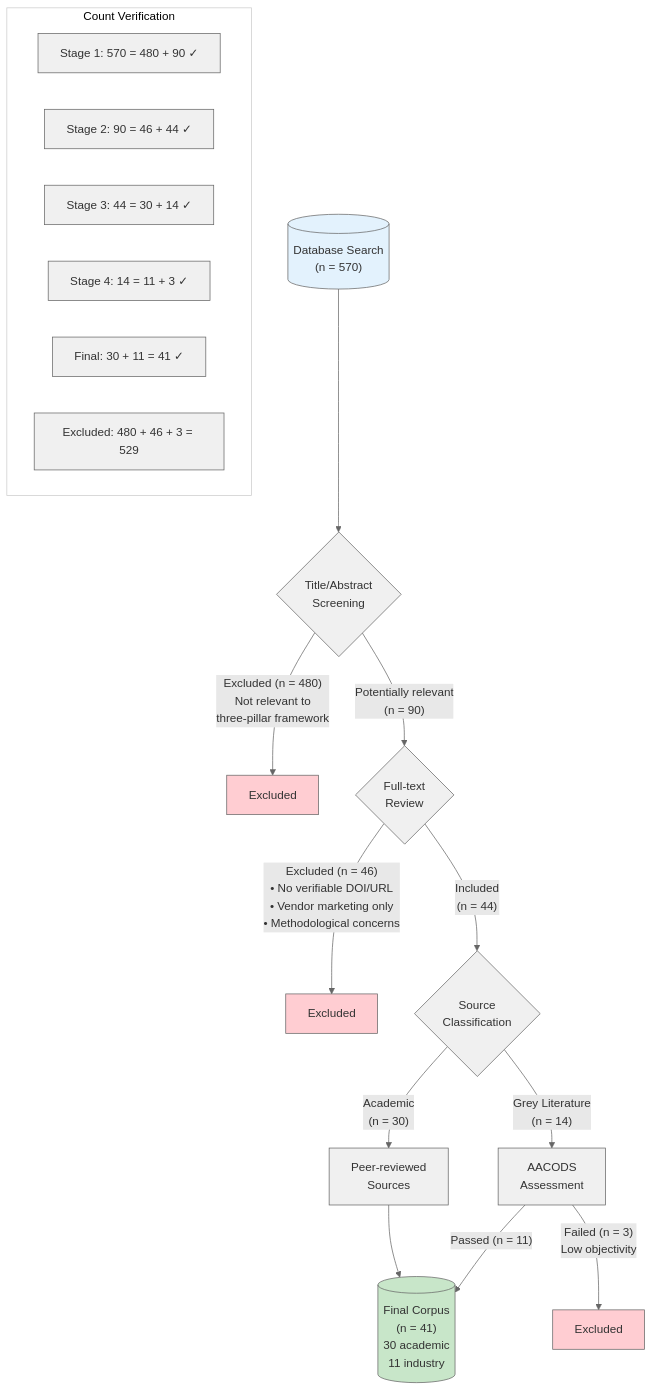
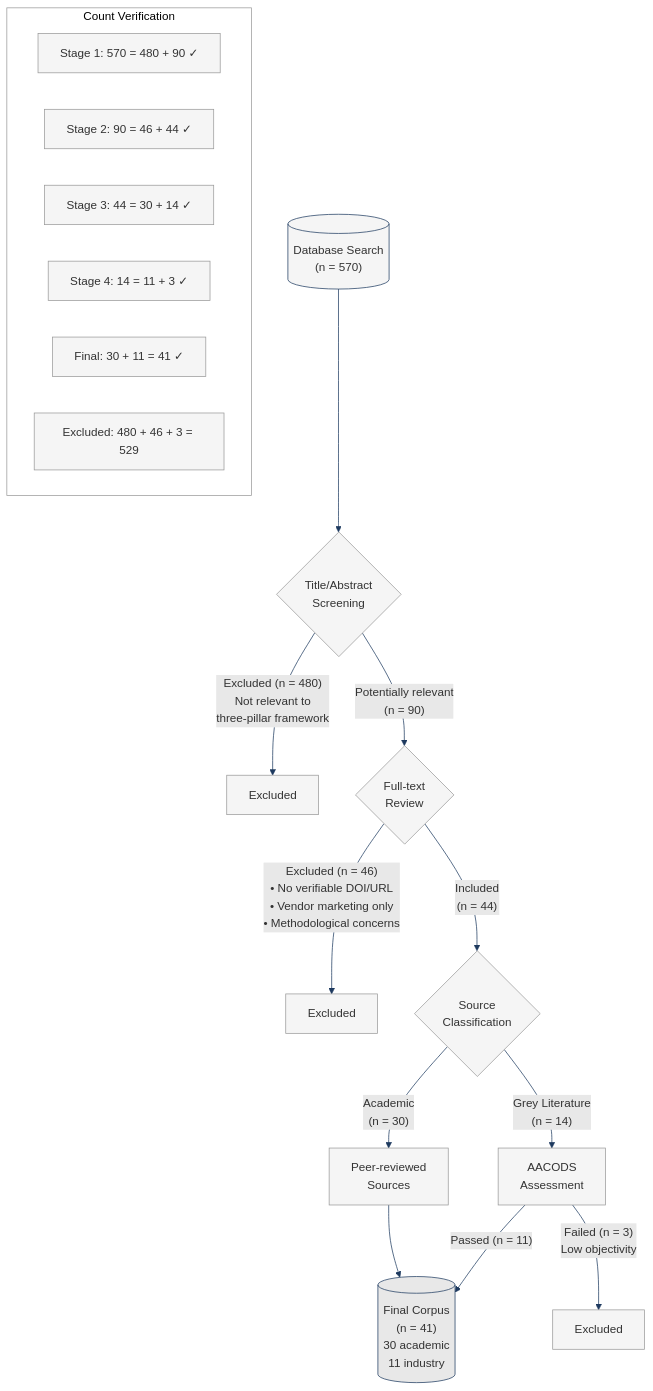
Before and after one commit to stharrold/yuimedi-paper-20250901: the diagram in figures/literature-flow.mmd, drawn with Mermaid. The commit also changed 3 other files, not shown here.

First line of the commit message:
style(figures): unify color palette across all diagrams

```diff
--- a/figures/literature-flow.mmd
+++ b/figures/literature-flow.mmd
@@ -1,32 +1,33 @@
-%%{init: {'theme': 'base', 'themeVariables': { 'primaryColor': '#f0f0f0', 'primaryTextColor': '#333', 'primaryBorderColor': '#666', 'lineColor': '#666', 'secondaryColor': '#e8e8e8', 'tertiaryColor': '#fff'}}}%%
+%%{init: {'theme': 'base', 'themeVariables': { 'primaryColor': '#f5f5f5', 'primaryTextColor': '#333', 'primaryBorderColor': '#999', 'lineColor': '#1E3A5F', 'secondaryColor': '#e8e8e8', 'tertiaryColor': '#fff'}}}%%
 flowchart TD
     %% Literature Selection Flow with Consistent Counts
     %% Grand Total: 570 = 41 (included) + 529 (excluded)
 
     A[("Database Search<br/>(n = 570)")] --> B{"Title/Abstract<br/>Screening"}
     B -->|"Excluded (n = 480)<br/>Not relevant to<br/>three-pillar framework"| C[Excluded]
     B -->|"Potentially relevant<br/>(n = 90)"| D{"Full-text<br/>Review"}
     D -->|"Excluded (n = 46)<br/>• No verifiable DOI/URL<br/>• Vendor marketing only<br/>• Methodological concerns"| E[Excluded]
     D -->|"Included<br/>(n = 44)"| F{"Source<br/>Classification"}
     F -->|"Grey Literature<br/>(n = 14)"| G["AACODS<br/>Assessment"]
     F -->|"Academic<br/>(n = 30)"| H["Peer-reviewed<br/>Sources"]
     G -->|"Passed (n = 11)"| I[("Final Corpus<br/>(n = 41)<br/>30 academic<br/>11 industry")]
     G -->|"Failed (n = 3)<br/>Low objectivity"| J[Excluded]
     H --> I
 
     %% Count verification annotations
     subgraph Legend["Count Verification"]
         L1["Stage 1: 570 = 480 + 90 ✓"]
         L2["Stage 2: 90 = 46 + 44 ✓"]
         L3["Stage 3: 44 = 30 + 14 ✓"]
         L4["Stage 4: 14 = 11 + 3 ✓"]
         L5["Final: 30 + 11 = 41 ✓"]
         L6["Excluded: 480 + 46 + 3 = 529"]
     end
 
-    style A fill:#e3f2fd
-    style I fill:#c8e6c9
-    style C fill:#ffcdd2
-    style E fill:#ffcdd2
-    style J fill:#ffcdd2
-    style Legend fill:#fff,stroke:#ccc
+    %% Neutral color palette matching architecture.jpg
+    style A fill:#f5f5f5,stroke:#1E3A5F
+    style I fill:#e8e8e8,stroke:#1E3A5F
+    style C fill:#f5f5f5,stroke:#999
+    style E fill:#f5f5f5,stroke:#999
+    style J fill:#f5f5f5,stroke:#999
+    style Legend fill:#fff,stroke:#999
```
